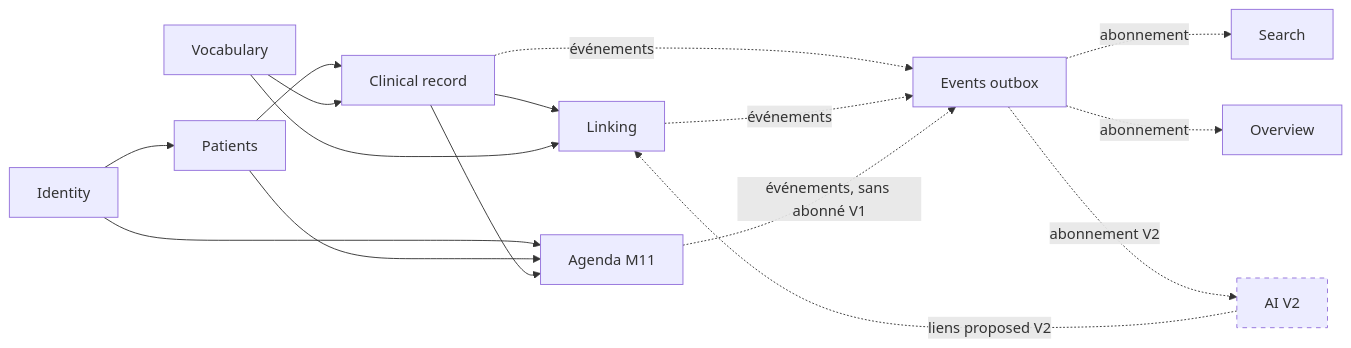
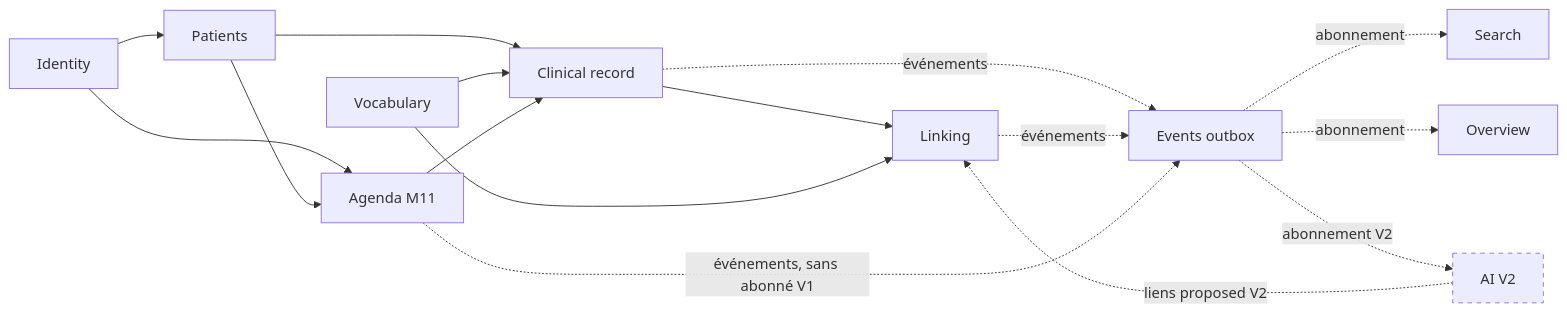
The first of 15 diagrams in docs/A-architecture.md (mrscams/psymate-api), drawn with Mermaid before and after one commit. The commit also changed other lines of this file and 31 other files, not shown here.

````diff
--- a/docs/A-architecture.md
+++ b/docs/A-architecture.md
@@ -197,19 +197,19 @@
 ```mermaid
 flowchart LR
   ID[Identity] --> PA[Patients]
   PA --> CR[Clinical record]
   VO[Vocabulary] --> CR
   CR --> LI[Linking]
   VO --> LI
   ID --> AG[Agenda M11]
   PA --> AG
-  CR --> AG
+  AG --> CR
   CR -. événements .-> EV[Events outbox]
   LI -. événements .-> EV
   AG -. événements, sans abonné V1 .-> EV
   EV -. abonnement .-> SE[Search]
   EV -. abonnement .-> OV[Overview]
   EV -. abonnement V2 .-> AI[AI V2]
   AI -. liens proposed V2 .-> LI
   style AI stroke-dasharray: 5 5
 ```
````
